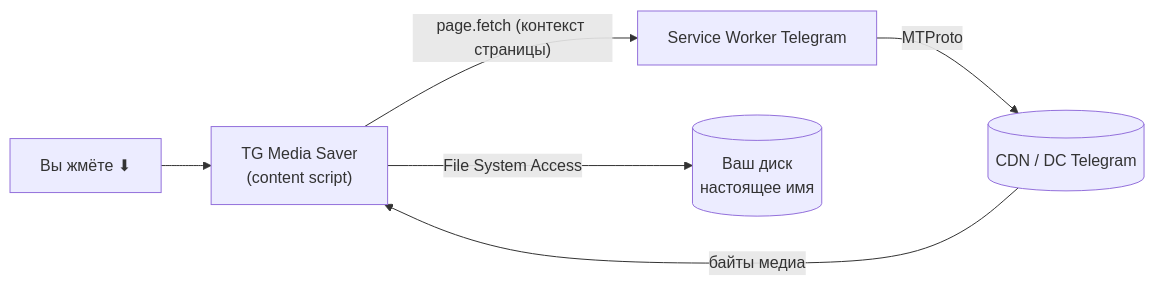
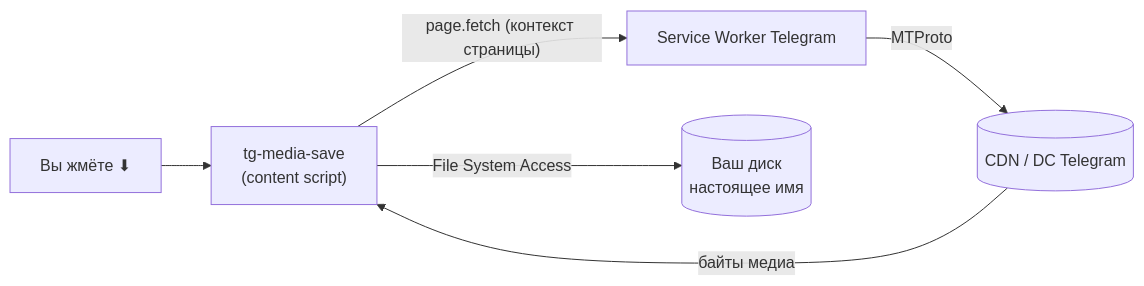
One commit to LazyFaiz/tg-media-save changed the diagram in README.ru.md. Above: the diagram before and after it, drawn with Mermaid. The commit also changed other lines of this file and 20 other files, not shown here.

Commit message:
chore: rename project to tg-media-save

````diff
--- a/README.ru.md
+++ b/README.ru.md
@@ -64,8 +64,8 @@
 ```mermaid
 flowchart LR
-  User["Вы жмёте ⬇"] --> Script["TG Media Saver<br/>(content script)"]
+  User["Вы жмёте ⬇"] --> Script["tg-media-save<br/>(content script)"]
   Script -->|"page.fetch (контекст страницы)"| SW["Service Worker Telegram"]
   SW -->|"MTProto"| CDN[("CDN / DC Telegram")]
   CDN -->|"байты медиа"| Script
   Script -->|"File System Access"| Disk[("Ваш диск<br/>настоящее имя")]
 ```
````
